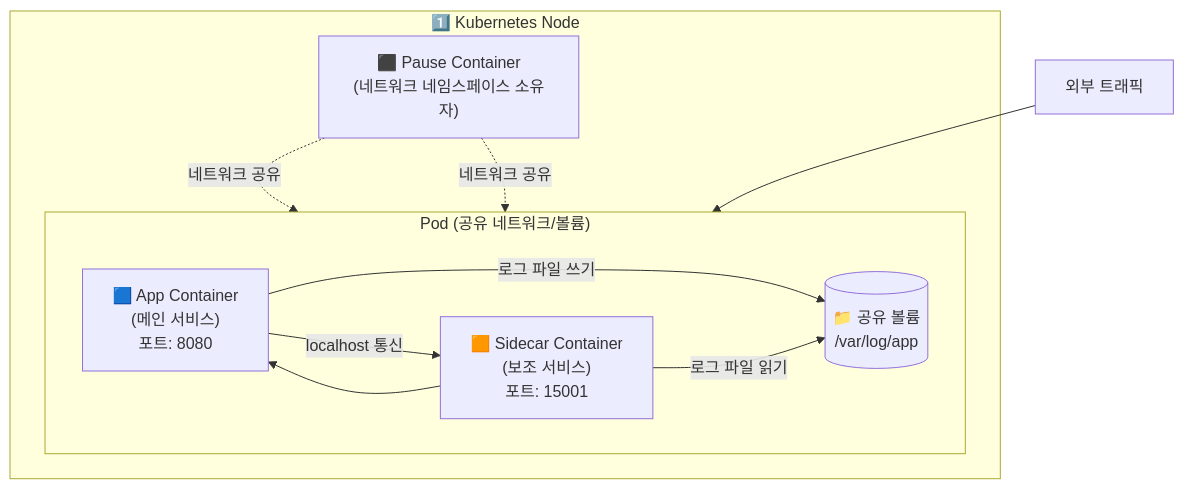
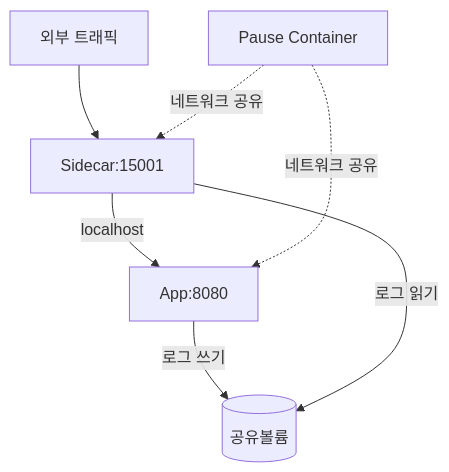
The first of 8 diagrams in _posts/architecture/2026-05-02-sidecar-pattern.md (yjkim2015/yjkim2015.github.io), drawn with Mermaid before and after one commit. The commit also changed other lines of this file and 215 other files, not shown here.

First line of the commit message:
신규 포스트 10개 추가 + Mermaid 전면 축소 + SystemDesign 시리즈 보강

````diff
--- a/_posts/architecture/2026-05-02-sidecar-pattern.md
+++ b/_posts/architecture/2026-05-02-sidecar-pattern.md
@@ -56,21 +56,9 @@
 ```mermaid
 graph TB
-    subgraph "1️⃣ Kubernetes Node"
-        subgraph "Pod (공유 네트워크/볼륨)"
-            direction LR
-            AppContainer["🟦 App Container\n(메인 서비스)\n포트: 8080"]
-            SidecarContainer["🟧 Sidecar Container\n(보조 서비스)\n포트: 15001"]
-            SharedVolume[("📁 공유 볼륨\n/var/log/app")]
-        end
-        PauseContainer["⬛ Pause Container\n(네트워크 네임스페이스 소유자)"]
-    end
-
-    AppContainer -- "localhost 통신" --> SidecarContainer
-    AppContainer -- "로그 파일 쓰기" --> SharedVolume
-    SidecarContainer -- "로그 파일 읽기" --> SharedVolume
-    PauseContainer -. "네트워크 공유" .-> AppContainer
-    PauseContainer -. "네트워크 공유" .-> SidecarContainer
-
-    ExternalTraffic["외부 트래픽"] --> SidecarContainer
-    SidecarContainer --> AppContainer
+    ExternalTraffic["외부 트래픽"] --> Sidecar["Sidecar:15001"]
+    Sidecar -->|"localhost"| App["App:8080"]
+    App -->|"로그 쓰기"| Vol[("공유볼륨")]
+    Sidecar -->|"로그 읽기"| Vol
+    Pause["Pause Container"] -.->|"네트워크 공유"| App
+    Pause -.->|"네트워크 공유"| Sidecar
 ```
````
